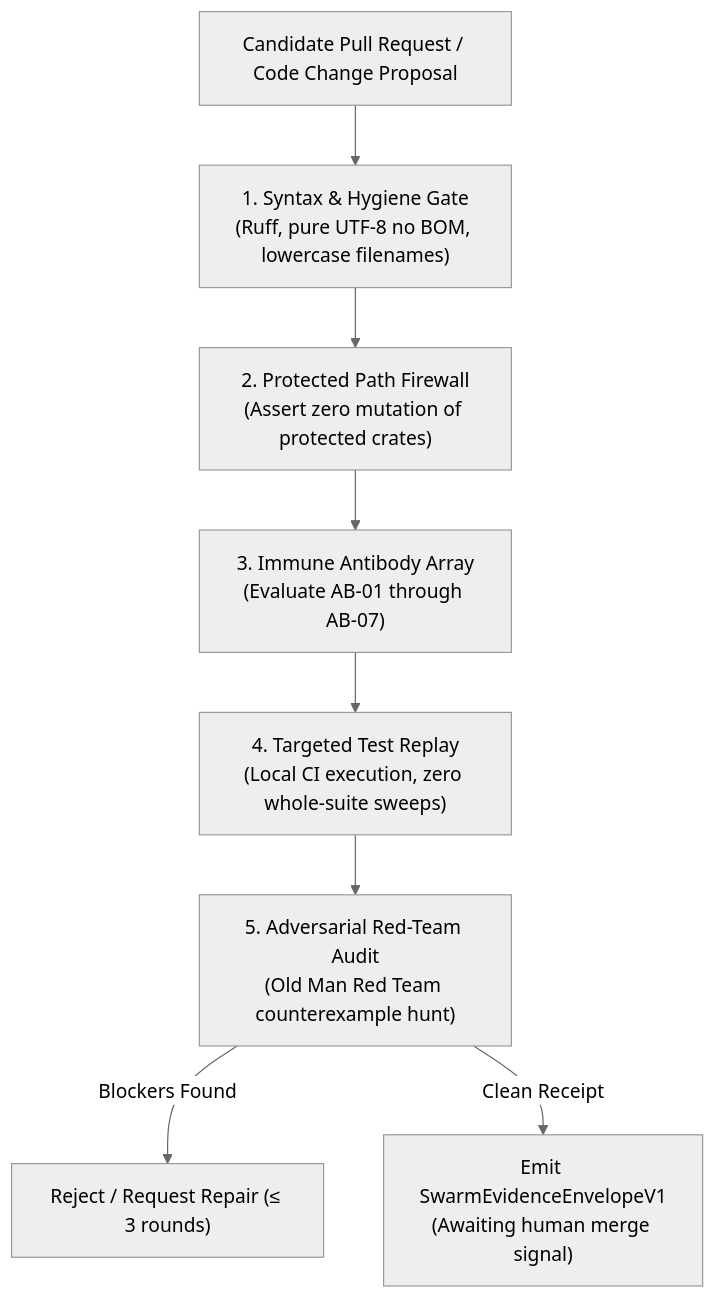
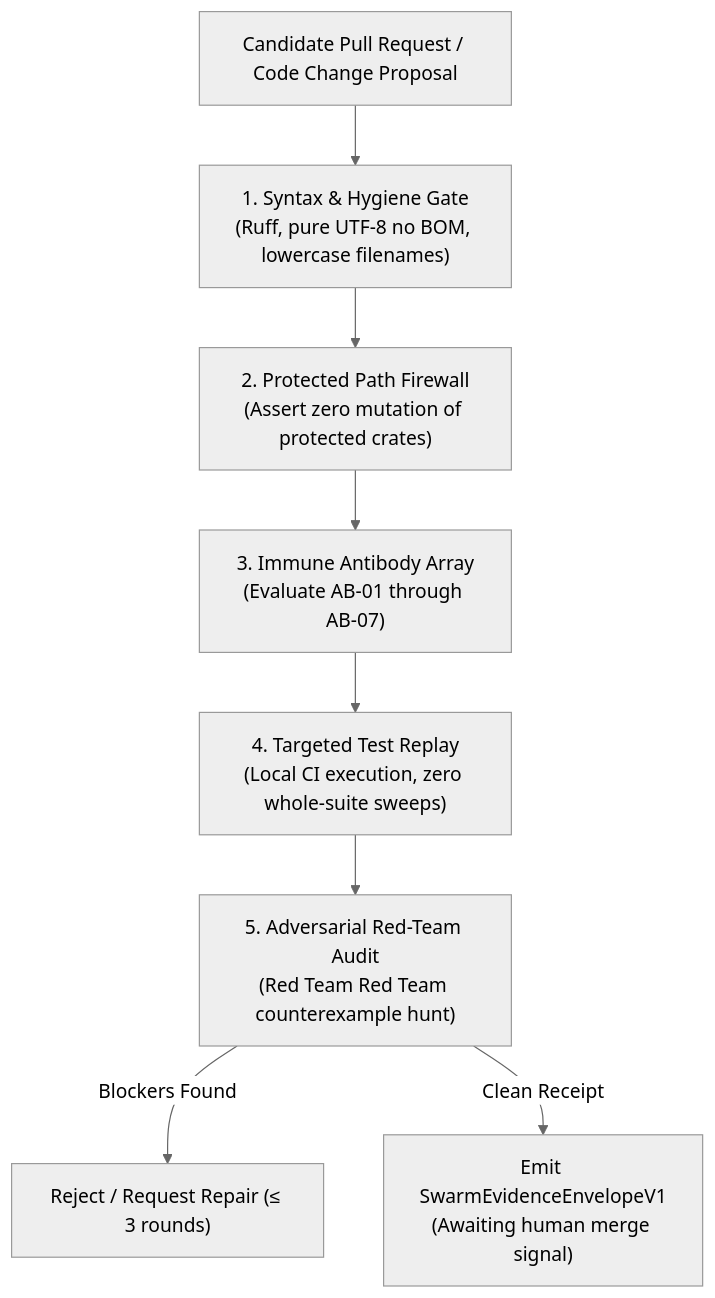
The diagram in education/004_oepfp/docs/12_pr_review_and_verification_loop.md (dbccpage/proposal_fidelity_protocol_pfp), drawn with Mermaid (neutral theme) before and after one commit. The commit also changed other lines of this file and 8328 other files, not shown here.

````diff
--- a/education/004_oepfp/docs/12_pr_review_and_verification_loop.md
+++ b/education/004_oepfp/docs/12_pr_review_and_verification_loop.md
@@ -43,11 +43,11 @@
 ```mermaid
 graph TD
     PR["Candidate Pull Request / Code Change Proposal"] --> Gate1["1. Syntax & Hygiene Gate<br/>(Ruff, pure UTF-8 no BOM, lowercase filenames)"]
     Gate1 --> Gate2["2. Protected Path Firewall<br/>(Assert zero mutation of protected crates)"]
     Gate2 --> Gate3["3. Immune Antibody Array<br/>(Evaluate AB-01 through AB-07)"]
     Gate3 --> Gate4["4. Targeted Test Replay<br/>(Local CI execution, zero whole-suite sweeps)"]
-    Gate4 --> Gate5["5. Adversarial Red-Team Audit<br/>(Old Man Red Team counterexample hunt)"]
+    Gate4 --> Gate5["5. Adversarial Red-Team Audit<br/>(Red Team Red Team counterexample hunt)"]
     
     Gate5 -- Blockers Found --> Reject["Reject / Request Repair (&le; 3 rounds)"]
     Gate5 -- Clean Receipt --> Pass["Emit SwarmEvidenceEnvelopeV1<br/>(Awaiting human merge signal)"]
 ```
````
